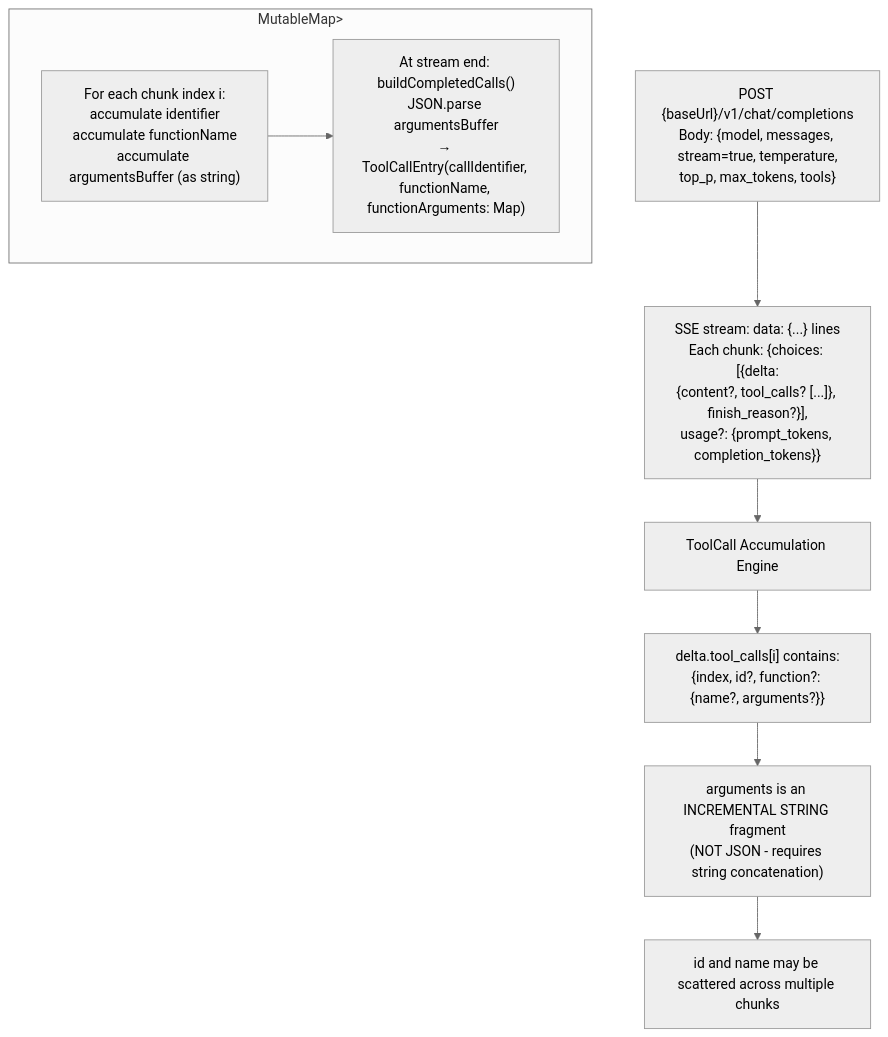
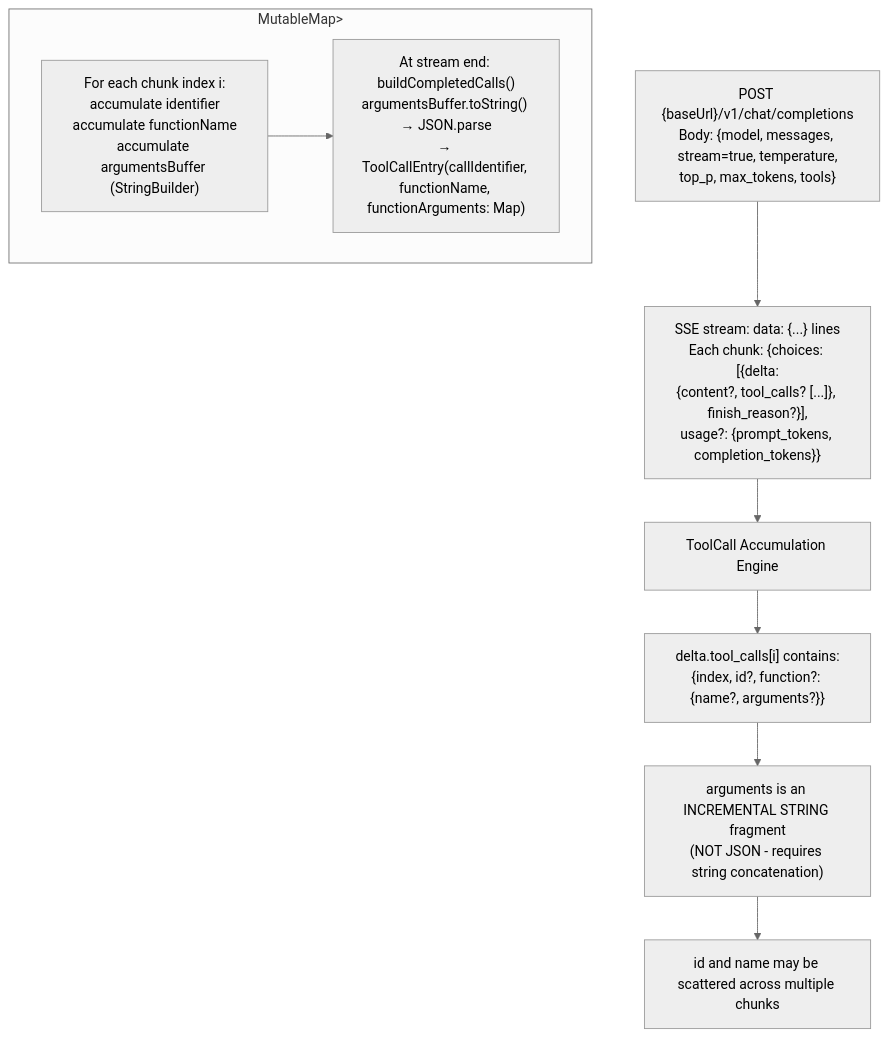
Diagram 17 of 29 in docs/ARCHITECTURE.md (lg841226/Gradum), drawn with Mermaid (neutral theme) before and after one commit. The commit also changed other lines of this file and 5 other files, not shown here.

Commit message:
docs: sync ARCHITECTURE.md with framework refactor and polish skill/plugin code

````diff
--- a/docs/ARCHITECTURE.md
+++ b/docs/ARCHITECTURE.md
@@ -971,14 +1111,14 @@
 ```mermaid
 flowchart TD
     REQ["POST {baseUrl}/v1/chat/completions<br/>Body: {model, messages, stream=true, temperature,<br/>top_p, max_tokens, tools}"]
     REQ --> SSE["SSE stream: data: {...} lines<br/>Each chunk: {choices: [{delta:<br/>{content?, tool_calls? [...]}, finish_reason?}],<br/>usage?: {prompt_tokens, completion_tokens}}"]
     SSE --> ACCUM["ToolCall Accumulation Engine"]
     ACCUM --> SUB1["delta.tool_calls[i] contains:<br/>{index, id?, function?: {name?, arguments?}}"]
     SUB1 --> SUB2["arguments is an INCREMENTAL STRING fragment<br/>(NOT JSON - requires string concatenation)"]
     SUB2 --> SUB3["id and name may be scattered across multiple chunks"]
 
     subgraph ACC["MutableMap<Int, MutableMap<String, Any>>"]
-        A["For each chunk index i:<br/>accumulate identifier<br/>accumulate functionName<br/>accumulate argumentsBuffer (as string)"]
-        A --> B["At stream end: buildCompletedCalls()<br/>JSON.parse argumentsBuffer<br/>→ ToolCallEntry(callIdentifier, functionName, functionArguments: Map)"]
+        A["For each chunk index i:<br/>accumulate identifier<br/>accumulate functionName<br/>accumulate argumentsBuffer (StringBuilder)"]
+        A --> B["At stream end: buildCompletedCalls()<br/>argumentsBuffer.toString() → JSON.parse<br/>→ ToolCallEntry(callIdentifier, functionName, functionArguments: Map)"]
     end
 ```
````
